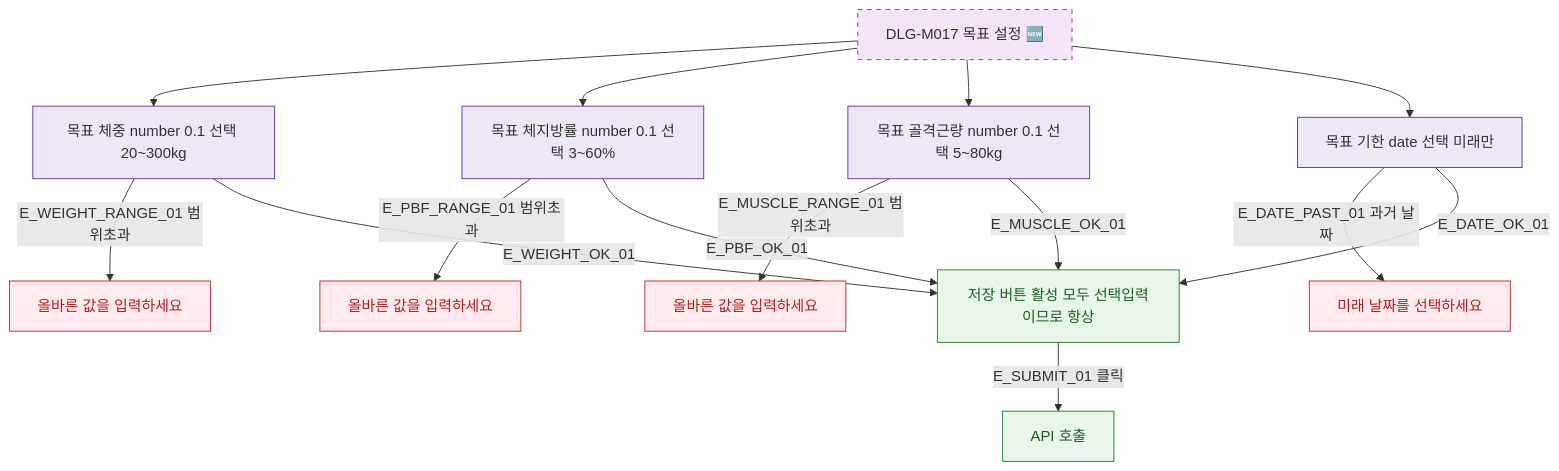
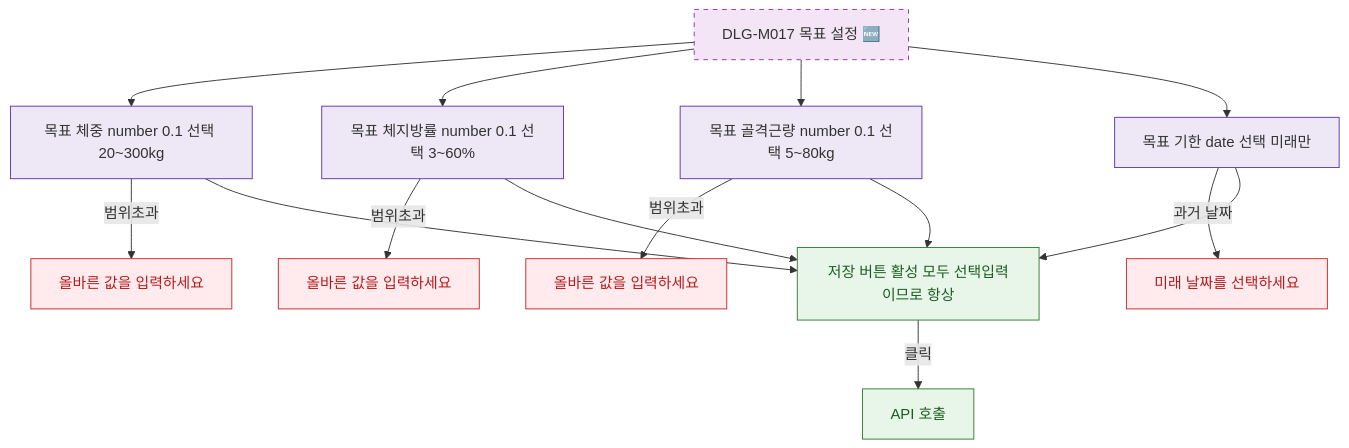
One commit to dev-spogym/admin-pando changed the diagram in docs/다이어그램/D02_회원관리/DLG/DLG-M017_목표설정/M2_필드검증.md. Above: the diagram before and after it, drawn with Mermaid. The commit also changed other lines of this file and 1660 other files, not shown here.

First line of the commit message:
다이어그램: 기획자/클라이언트 납품본으로 정리

````diff
--- a/docs/다이어그램/D02_회원관리/DLG/DLG-M017_목표설정/M2_필드검증.md
+++ b/docs/다이어그램/D02_회원관리/DLG/DLG-M017_목표설정/M2_필드검증.md
@@ -22,31 +20,31 @@
 ```mermaid
 flowchart TD
   DLG[DLG-M017 목표 설정 🆕]
 
   DLG --> FLD_WEIGHT[목표 체중 number 0.1 선택 20~300kg]
   DLG --> FLD_PBF[목표 체지방률 number 0.1 선택 3~60%]
   DLG --> FLD_MUSCLE[목표 골격근량 number 0.1 선택 5~80kg]
   DLG --> FLD_DATE[목표 기한 date 선택 미래만]
 
-  FLD_WEIGHT -->|E_WEIGHT_RANGE_01 범위초과| ERR_WEIGHT[올바른 값을 입력하세요]
-  FLD_PBF    -->|E_PBF_RANGE_01 범위초과| ERR_PBF[올바른 값을 입력하세요]
-  FLD_MUSCLE -->|E_MUSCLE_RANGE_01 범위초과| ERR_MUSCLE[올바른 값을 입력하세요]
-  FLD_DATE   -->|E_DATE_PAST_01 과거 날짜| ERR_DATE[미래 날짜를 선택하세요]
+  FLD_WEIGHT -->|범위초과|ERR_WEIGHT[올바른 값을 입력하세요]
+  FLD_PBF -->|범위초과|ERR_PBF[올바른 값을 입력하세요]
+  FLD_MUSCLE -->|범위초과|ERR_MUSCLE[올바른 값을 입력하세요]
+  FLD_DATE -->|과거 날짜|ERR_DATE[미래 날짜를 선택하세요]
 
-  FLD_WEIGHT -->|E_WEIGHT_OK_01| BTN_ACTIVE[저장 버튼 활성 모두 선택입력이므로 항상]
-  FLD_PBF    -->|E_PBF_OK_01| BTN_ACTIVE
-  FLD_MUSCLE -->|E_MUSCLE_OK_01| BTN_ACTIVE
-  FLD_DATE   -->|E_DATE_OK_01| BTN_ACTIVE
+  FLD_WEIGHT --> BTN_ACTIVE[저장 버튼 활성 모두 선택입력이므로 항상]
+  FLD_PBF --> BTN_ACTIVE
+  FLD_MUSCLE --> BTN_ACTIVE
+  FLD_DATE --> BTN_ACTIVE
 
-  BTN_ACTIVE -->|E_SUBMIT_01 클릭| SUBMIT[API 호출]
+  BTN_ACTIVE -->|클릭|SUBMIT[API 호출]
 
   classDef newFeature fill:#F3E5F5,stroke:#9C27B0,stroke-dasharray:5 5
-  classDef system     fill:#EDE7F6,stroke:#5E35B2
-  classDef success    fill:#E8F5E9,stroke:#2E7D32,color:#1B5E20
-  classDef error      fill:#FFEBEE,stroke:#C62828,color:#B71C1C
+  classDef system fill:#EDE7F6,stroke:#5E35B2
+  classDef success fill:#E8F5E9,stroke:#2E7D32,color:#1B5E20
+  classDef error fill:#FFEBEE,stroke:#C62828,color:#B71C1C
 
   class DLG newFeature
   class FLD_WEIGHT,FLD_PBF,FLD_MUSCLE,FLD_DATE system
   class BTN_ACTIVE,SUBMIT success
   class ERR_WEIGHT,ERR_PBF,ERR_MUSCLE,ERR_DATE error
 ```
````
